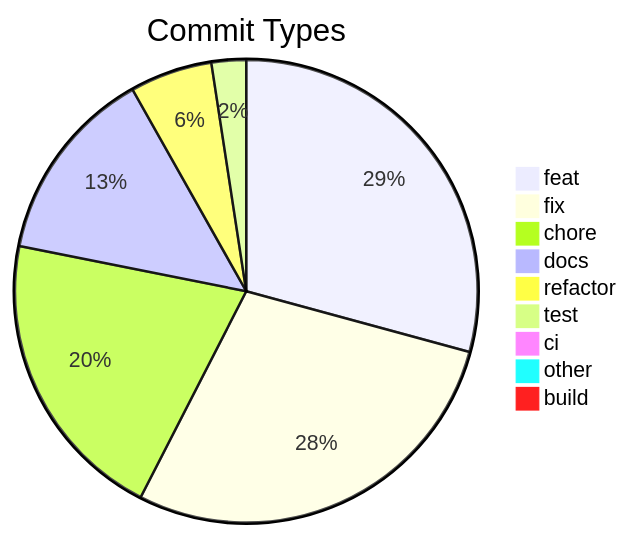
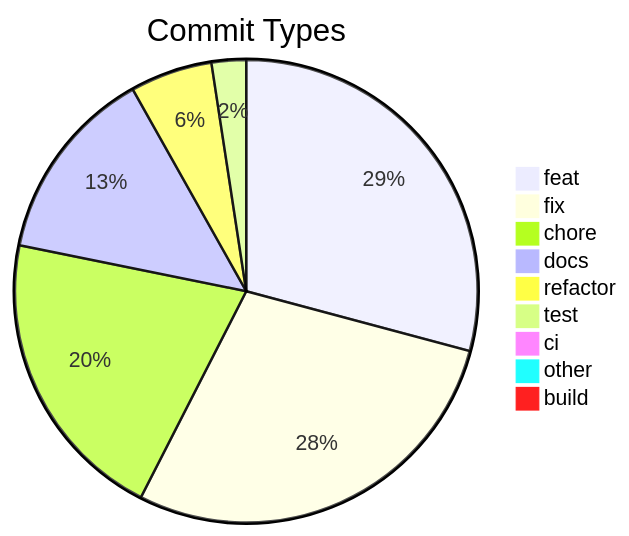
One commit to svenroth-ai/shipwright changed the diagram in .shipwright/compliance/change-history.md. Above: the diagram before and after it, drawn with Mermaid. The commit also changed other lines of this file and 6 other files, not shown here.

````diff
--- a/.shipwright/compliance/change-history.md
+++ b/.shipwright/compliance/change-history.md
@@ -8,12 +8,12 @@
 ```mermaid
 pie title Commit Types
     "feat" : 254
-    "fix" : 246
-    "chore" : 179
+    "fix" : 247
+    "chore" : 180
     "docs" : 119
     "refactor" : 50
     "test" : 21
     "ci" : 7
     "other" : 7
     "build" : 1
 ```
````
